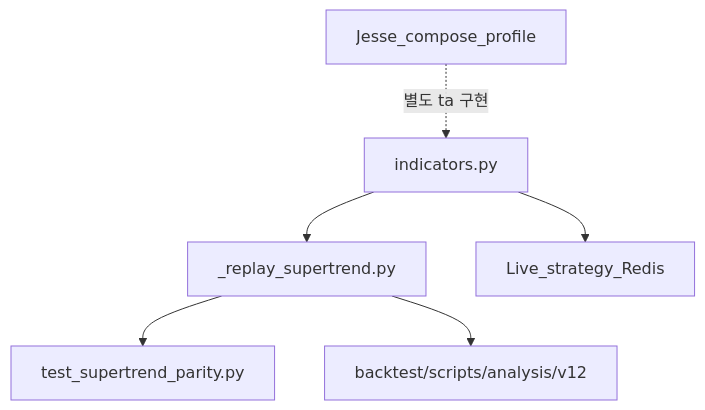
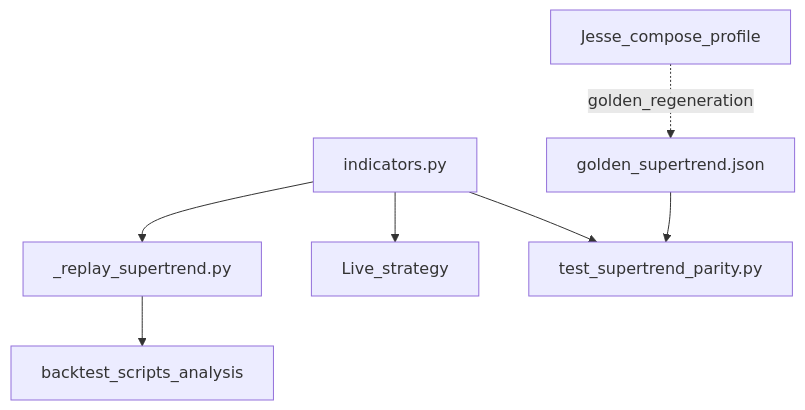
One commit to Justant-source/Bit-Mania changed the second of 2 diagrams in .temp/supertrend-runtime-simplify.md. Above: the diagram before and after it, drawn with Mermaid. The commit also changed other lines of this file, not shown here.

First line of the commit message:
plan: revise supertrend runtime simplification after code audit

````diff
--- a/.temp/supertrend-runtime-simplify.md
+++ b/.temp/supertrend-runtime-simplify.md
@@ -147,15 +270,17 @@
 ```mermaid
 flowchart TB
   indicators[indicators.py]
   replay[_replay_supertrend.py]
+  golden[golden_supertrend.json]
   parity[test_supertrend_parity.py]
-  v12[backtest/scripts/analysis/v12]
+  analysis[backtest_scripts_analysis]
   jesse[Jesse_compose_profile]
-  live[Live_strategy_Redis]
+  live[Live_strategy]
 
   indicators --> replay
   indicators --> live
-  replay --> parity
-  replay --> v12
-  jesse -.->|별도 ta 구현| indicators
+  indicators --> parity
+  golden --> parity
+  jesse -.->|golden_regeneration| golden
+  replay --> analysis
 ```
````
